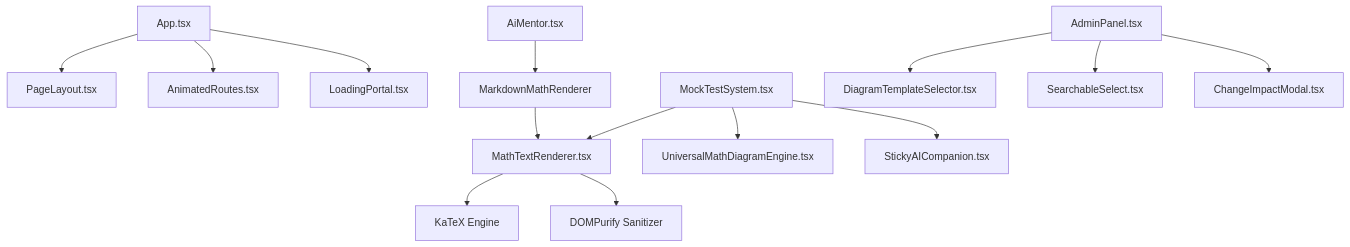
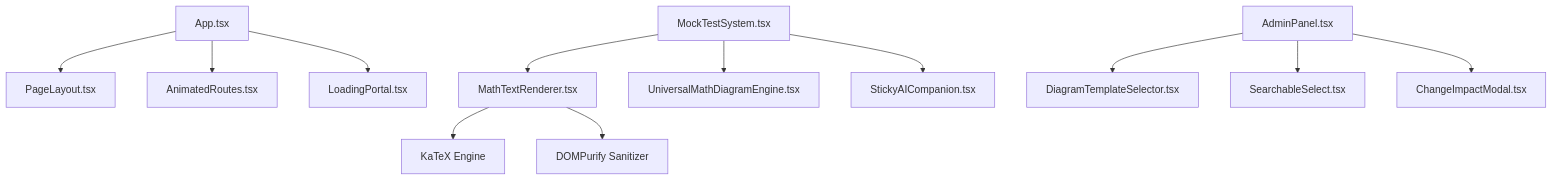
The diagram in ui-registry.md (Pixduct/OdishaExamPrepNew), drawn with Mermaid before and after one commit. The commit also changed other lines of this file and 72 other files, not shown here.

````diff
--- a/ui-registry.md
+++ b/ui-registry.md
@@ -322,19 +508,17 @@
 ```mermaid
 graph TD
     App[App.tsx] --> PageLayout[PageLayout.tsx]
     App --> AnimatedRoutes[AnimatedRoutes.tsx]
     App --> LoadingPortal[LoadingPortal.tsx]
 
-    AiMentor[AiMentor.tsx] --> MarkdownMathRenderer[MarkdownMathRenderer]
-    MarkdownMathRenderer --> MathText[MathTextRenderer.tsx]
     MockTest[MockTestSystem.tsx] --> MathText[MathTextRenderer.tsx]
     MockTest --> DiagramEngine[UniversalMathDiagramEngine.tsx]
     MockTest --> StickyAI[StickyAICompanion.tsx]
 
     Admin[AdminPanel.tsx] --> DiagramSelector[DiagramTemplateSelector.tsx]
     Admin --> SearchableSelect[SearchableSelect.tsx]
     Admin --> ChangeImpact[ChangeImpactModal.tsx]
 
     MathText --> KaTeX[KaTeX Engine]
     MathText --> DOMPurify[DOMPurify Sanitizer]
 ```
````
